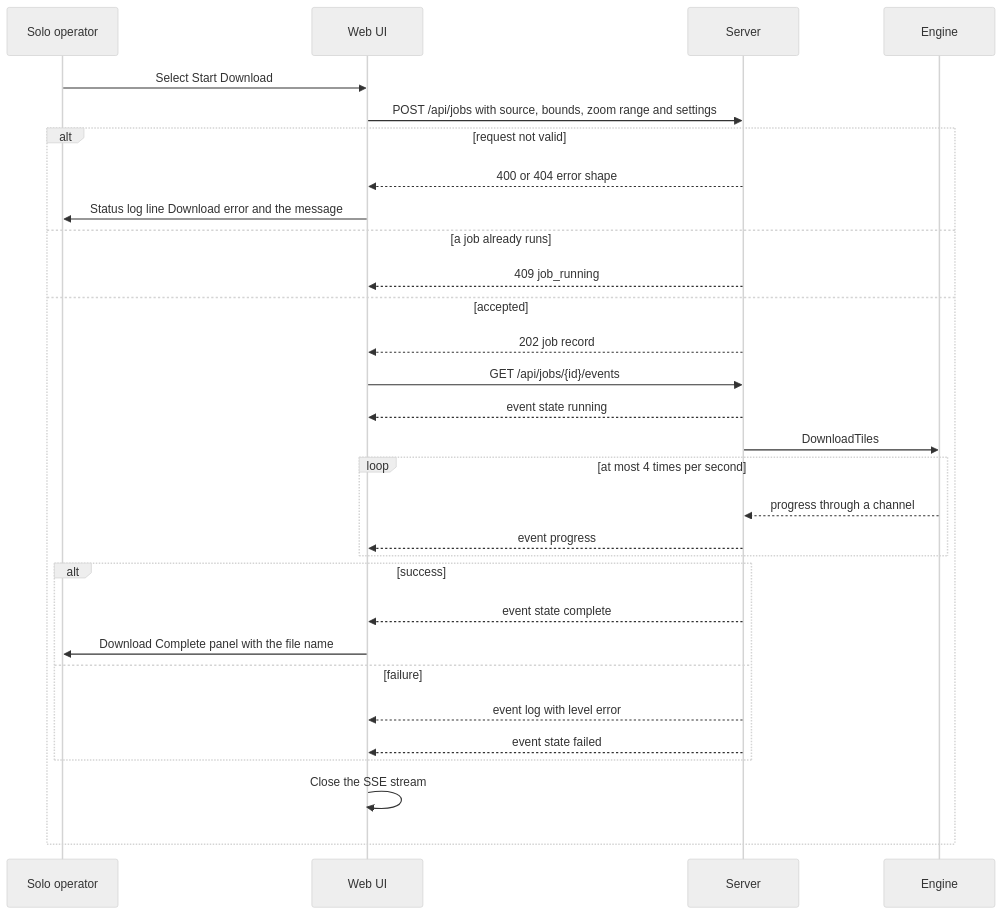
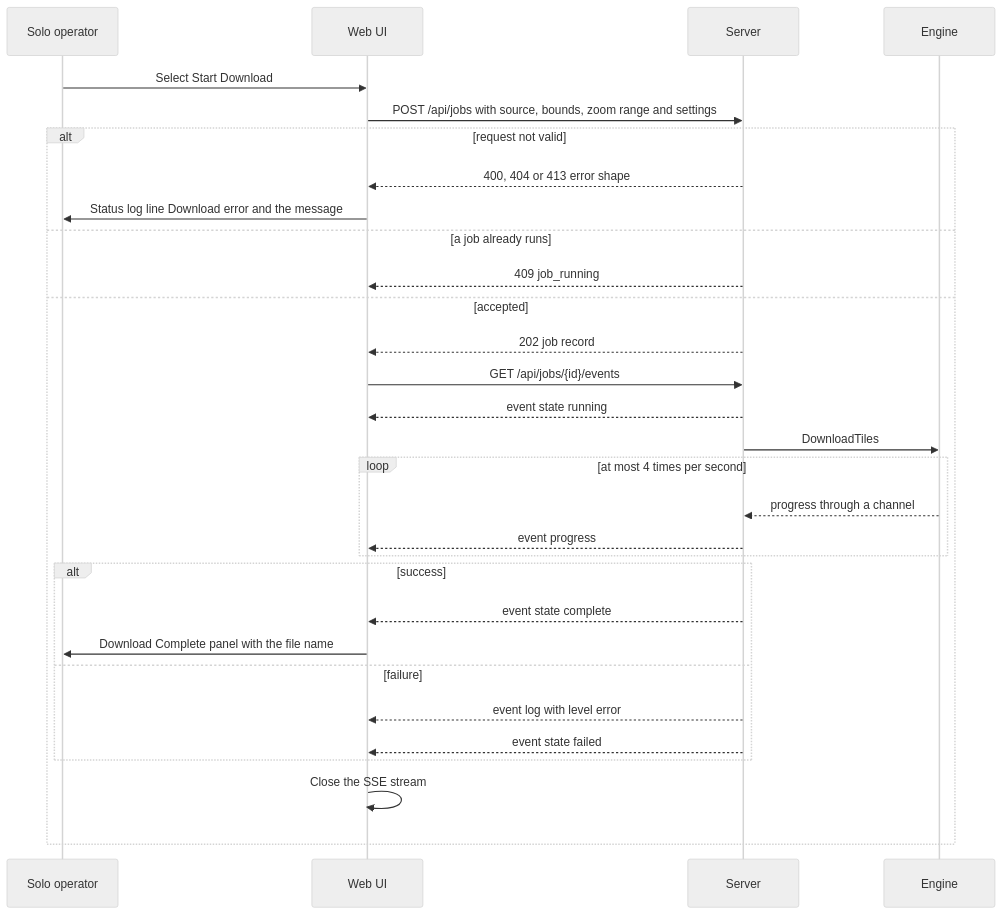
One commit to Crank-Git/ATAKMapDownloader changed the first of 3 diagrams in docs/specs/features/04-web-ui.md. Above: the diagram before and after it, drawn with Mermaid (neutral theme). The commit also changed other lines of this file and 1 other file, not shown here.

Commit message:
Name the 413 response in the web UI job flow (#80)
Change: docs
Why: Self-review found that the job flow omitted the body limit error from #81.
[skip ci]

````diff
--- a/docs/specs/features/04-web-ui.md
+++ b/docs/specs/features/04-web-ui.md
@@ -81,32 +81,32 @@
 ```mermaid
 sequenceDiagram
     participant U as Solo operator
     participant W as Web UI
     participant S as Server
     participant E as Engine
     U->>W: Select Start Download
     W->>S: POST /api/jobs with source, bounds, zoom range and settings
     alt request not valid
-        S-->>W: 400 or 404 error shape
+        S-->>W: 400, 404 or 413 error shape
         W->>U: Status log line Download error and the message
     else a job already runs
         S-->>W: 409 job_running
     else accepted
         S-->>W: 202 job record
         W->>S: GET /api/jobs/{id}/events
         S-->>W: event state running
         S->>E: DownloadTiles
         loop at most 4 times per second
             E-->>S: progress through a channel
             S-->>W: event progress
         end
         alt success
             S-->>W: event state complete
             W->>U: Download Complete panel with the file name
         else failure
             S-->>W: event log with level error
             S-->>W: event state failed
         end
         W->>W: Close the SSE stream
     end
 ```
````
